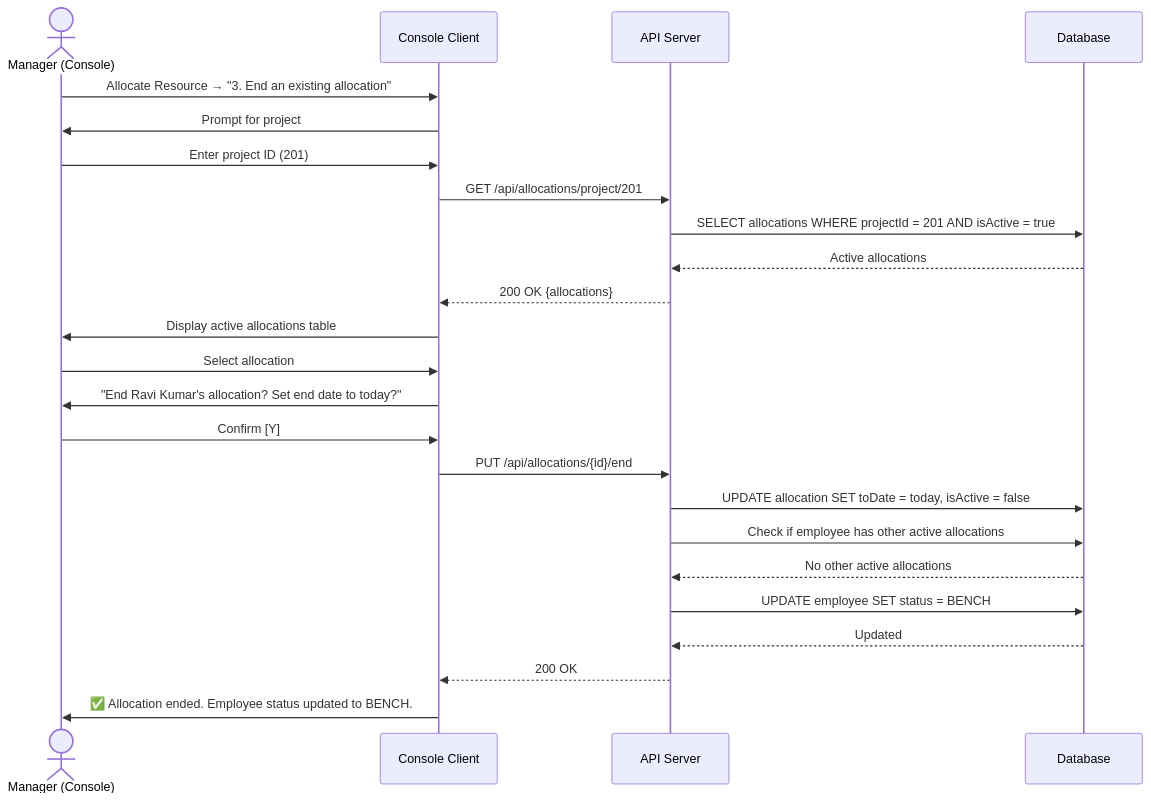
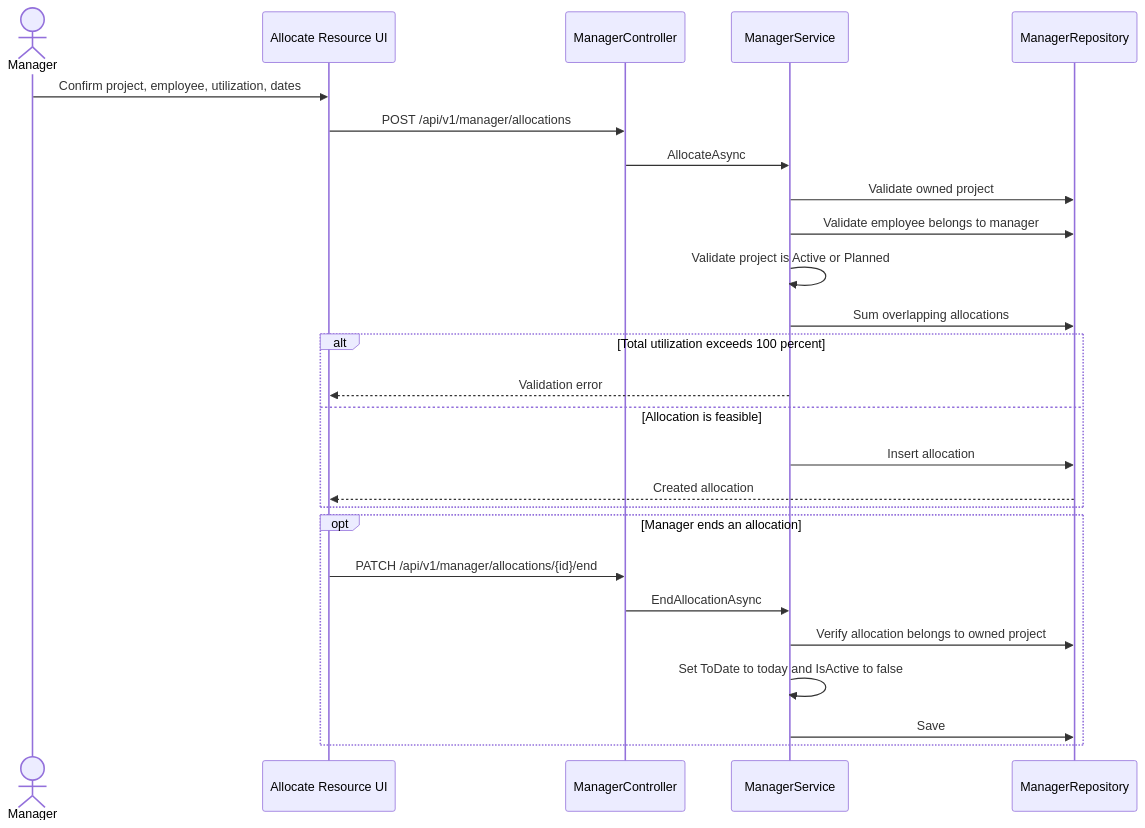
One commit to AayushGargITT/AayushGarg-LearnCode-2025-26 changed diagram 14 of 17 in ResourceMindAi/readme.md. Above: the diagram before and after it, drawn with Mermaid. The commit also changed other lines of this file, not shown here.

Commit message:
docs(readme): update architecture and diagrams to reflect latest PRM workflows

````diff
--- a/ResourceMindAi/readme.md
+++ b/ResourceMindAi/readme.md
@@ -892,31 +665,31 @@
 ```mermaid
 sequenceDiagram
-    actor M as Manager (Console)
-    participant C as Console Client
-    participant S as API Server
-    participant DB as Database
+    actor Manager
+    participant UI as Allocate Resource UI
+    participant API as ManagerController
+    participant Service as ManagerService
+    participant Repo as ManagerRepository
 
-    M->>C: Allocate Resource → "3. End an existing allocation"
-    C->>M: Prompt for project
-    M->>C: Enter project ID (201)
+    Manager->>UI: Confirm project, employee, utilization, dates
+    UI->>API: POST /api/v1/manager/allocations
+    API->>Service: AllocateAsync
+    Service->>Repo: Validate owned project
+    Service->>Repo: Validate employee belongs to manager
+    Service->>Service: Validate project is Active or Planned
+    Service->>Repo: Sum overlapping allocations
 
-    C->>S: GET /api/allocations/project/201
-    S->>DB: SELECT allocations WHERE projectId = 201 AND isActive = true
-    DB-->>S: Active allocations
-    S-->>C: 200 OK {allocations}
-    C->>M: Display active allocations table
+    alt Total utilization exceeds 100 percent
+        Service-->>UI: Validation error
+    else Allocation is feasible
+        Service->>Repo: Insert allocation
+        Repo-->>UI: Created allocation
+    end
 
-    M->>C: Select allocation #1 (Ravi Kumar)
-    C->>M: "End Ravi Kumar's allocation? Set end date to today?"
-
-    M->>C: Confirm [Y]
-
-    C->>S: PUT /api/allocations/{id}/end
-    S->>DB: UPDATE allocation SET toDate = today, isActive = false
-    S->>DB: Check if employee has other active allocations
-    DB-->>S: No other active allocations
-    S->>DB: UPDATE employee SET status = BENCH
-    DB-->>S: Updated
-    S-->>C: 200 OK
-    C->>M: ✅ Allocation ended. Employee status updated to BENCH.
+    opt Manager ends an allocation
+        UI->>API: PATCH /api/v1/manager/allocations/{id}/end
+        API->>Service: EndAllocationAsync
+        Service->>Repo: Verify allocation belongs to owned project
+        Service->>Service: Set ToDate to today and IsActive to false
+        Service->>Repo: Save
+    end
 ```
````
